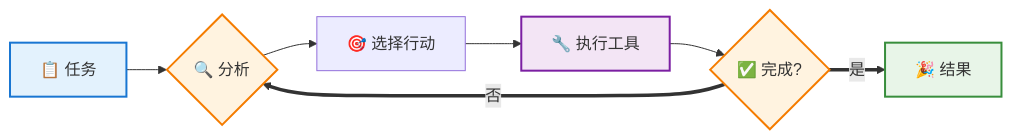
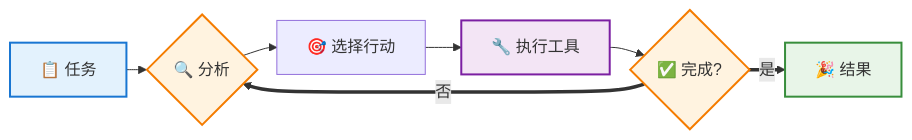
The first of 8 diagrams in agent/AI_Agent_完整入门指南.md (yxzf/claude-code-guide), drawn with Mermaid before and after one commit. The commit also changed other lines of this file, not shown here.

First line of the commit message:
进一步缩小图表尺寸

````diff
--- a/agent/AI_Agent_完整入门指南.md
+++ b/agent/AI_Agent_完整入门指南.md
@@ -27,16 +27,16 @@
 ```mermaid
-%%{init: {'flowchart': {'nodeSpacing': 30, 'rankSpacing': 40}}}%%
+%%{init: {'flowchart': {'nodeSpacing': 15, 'rankSpacing': 20}}}%%
 flowchart LR
     A[📋 任务] --> B{🔍 分析}
     B --> C[🎯 选择行动]
     C --> D[🔧 执行工具]
     D --> E{✅ 完成?}
     E ==>|否| B
     E ==>|是| F[🎉 结果]
     
     style A fill:#e3f2fd,stroke:#1976d2,stroke-width:2px
     style F fill:#e8f5e8,stroke:#388e3c,stroke-width:2px
     style E fill:#fff3e0,stroke:#f57c00,stroke-width:2px
     style B fill:#fff3e0,stroke:#f57c00,stroke-width:2px
     style D fill:#f3e5f5,stroke:#7b1fa2,stroke-width:2px
 ```
````
